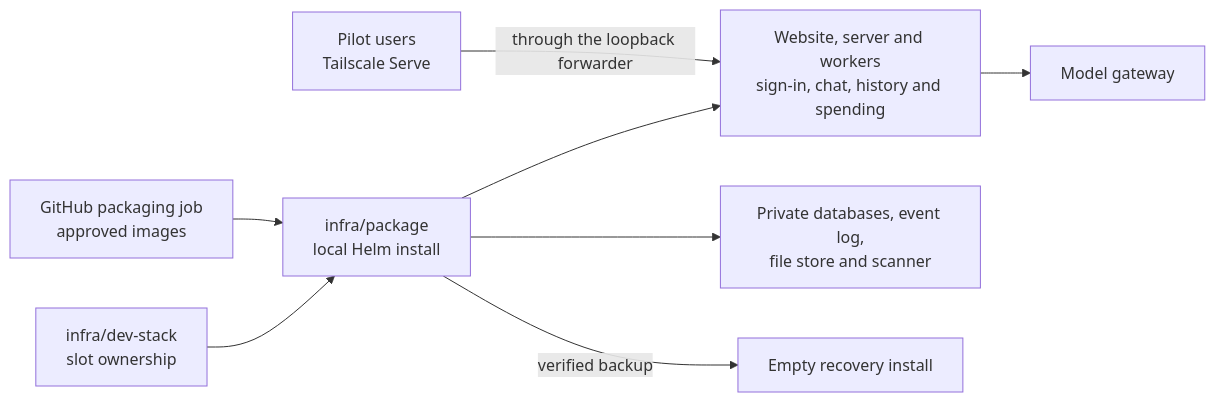
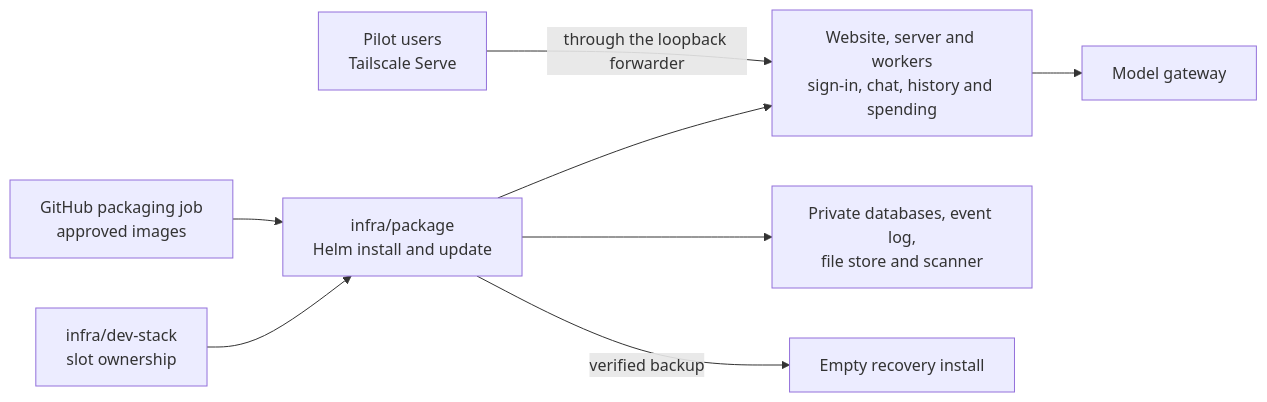
Before and after one commit to elewa-git/opencrane-new: the diagram in infra/package/README.md, drawn with Mermaid. The commit also changed other lines of this file and 4 other files, not shown here.

````diff
--- a/infra/package/README.md
+++ b/infra/package/README.md
@@ -19,10 +19,10 @@
 ```mermaid
 flowchart LR
-  stack["infra/dev-stack<br/>slot ownership"] --> package["infra/package<br/>local Helm install"]
+  stack["infra/dev-stack<br/>slot ownership"] --> package["infra/package<br/>Helm install and update"]
   ci["GitHub packaging job<br/>approved images"] --> package
   package --> apps["Website, server and workers<br/>sign-in, chat, history and spending"]
   tailnet["Pilot users<br/>Tailscale Serve"] -->|through the loopback forwarder| apps
   package --> services["Private databases, event log,<br/>file store and scanner"]
   apps --> models["Model gateway"]
   package -->|verified backup| recovery["Empty recovery install"]
 ```
````
